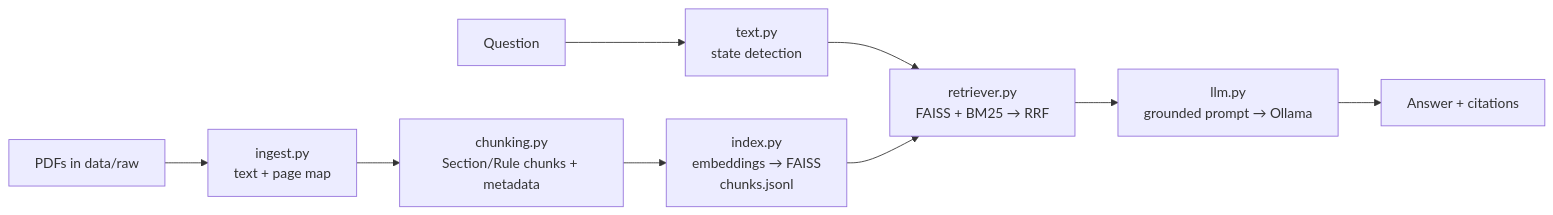
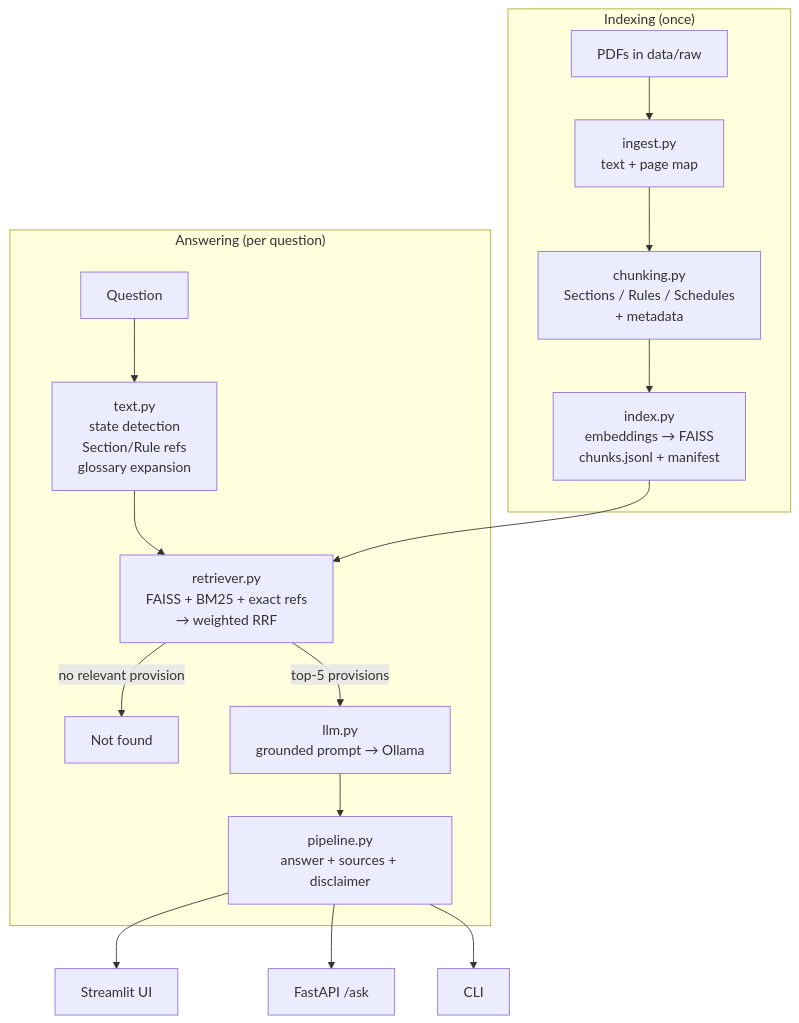
Before and after one commit to Amitrawal1/ChallanSaathi: the diagram in README.md, drawn with Mermaid. The commit also changed other lines of this file and 27 other files, not shown here.

First line of the commit message:
feat: working hybrid RAG pipeline with API, evaluation and tooling

````diff
--- a/README.md
+++ b/README.md
@@ -31,11 +59,19 @@
 ```mermaid
-flowchart LR
-    A[PDFs in data/raw] --> B[ingest.py<br/>text + page map]
-    B --> C[chunking.py<br/>Section/Rule chunks + metadata]
-    C --> D[index.py<br/>embeddings → FAISS<br/>chunks.jsonl]
-    Q[Question] --> S[text.py<br/>state detection]
-    S --> R[retriever.py<br/>FAISS + BM25 → RRF]
-    D --> R
-    R --> L[llm.py<br/>grounded prompt → Ollama]
-    L --> O[Answer + citations]
+flowchart TD
+    subgraph Indexing ["Indexing (once)"]
+        PDF[PDFs in data/raw] --> ING["ingest.py<br/>text + page map"]
+        ING --> CH["chunking.py<br/>Sections / Rules / Schedules<br/>+ metadata"]
+        CH --> IDX["index.py<br/>embeddings → FAISS<br/>chunks.jsonl + manifest"]
+    end
+    subgraph Answering ["Answering (per question)"]
+        Q[Question] --> QU["text.py<br/>state detection<br/>Section/Rule refs<br/>glossary expansion"]
+        QU --> R["retriever.py<br/>FAISS + BM25 + exact refs<br/>→ weighted RRF"]
+        IDX --> R
+        R -->|no relevant provision| NF[Not found]
+        R -->|top-5 provisions| L["llm.py<br/>grounded prompt → Ollama"]
+        L --> A["pipeline.py<br/>answer + sources + disclaimer"]
+    end
+    A --> UI[Streamlit UI]
+    A --> API[FastAPI /ask]
+    A --> CLI[CLI]
 ```
````
